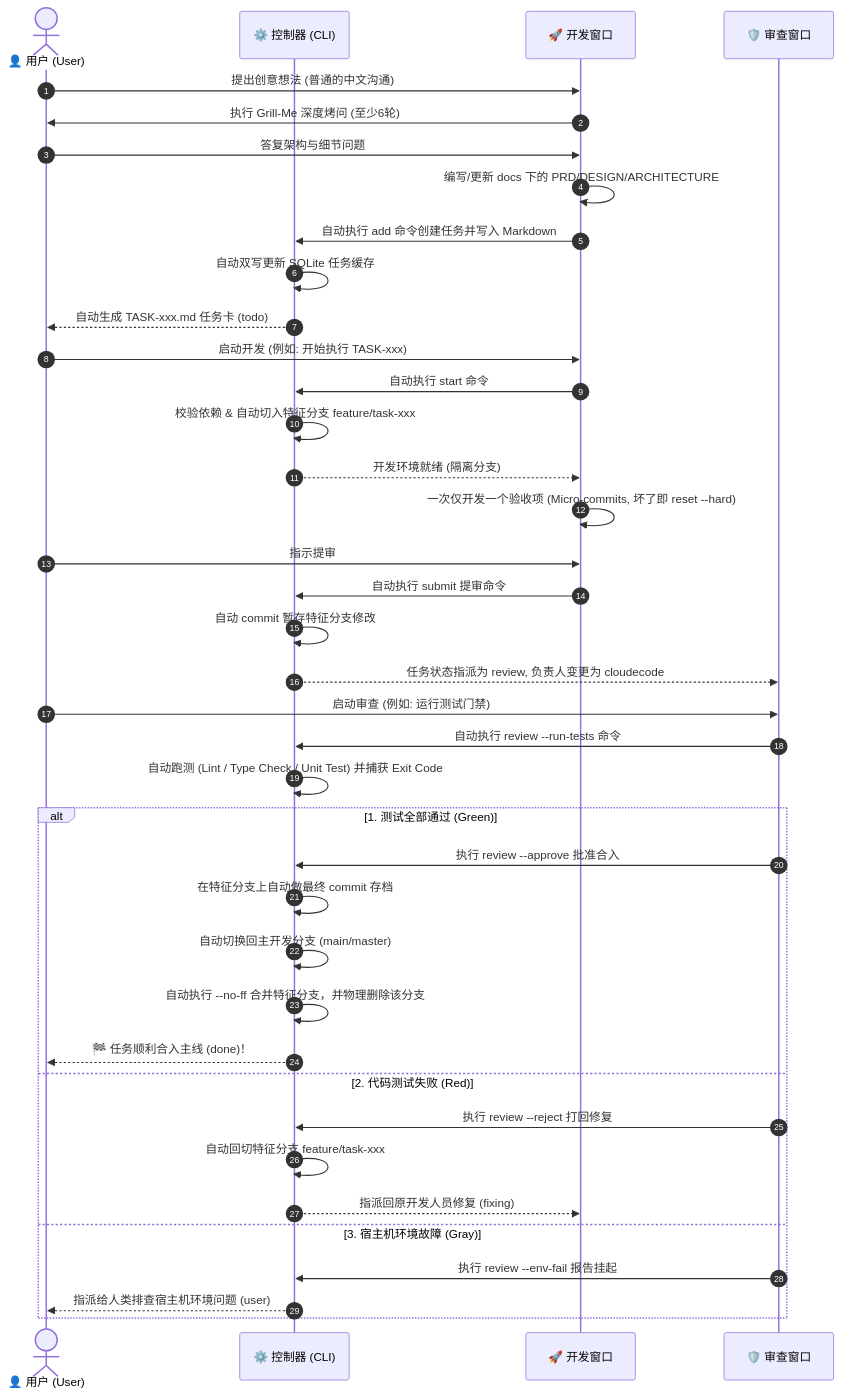
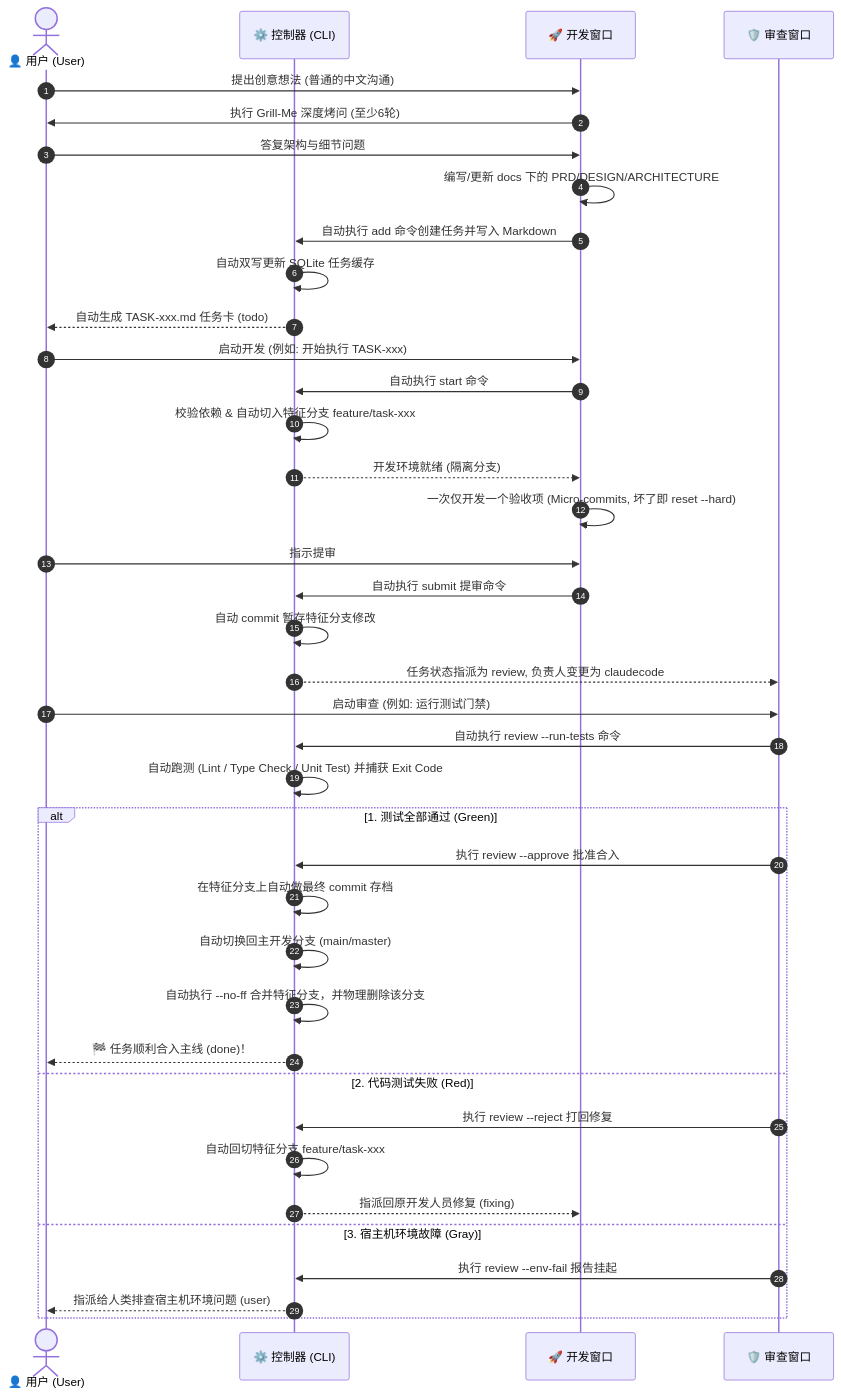
Before and after one commit to NanQiaoMi/agentskillproject: the second of 3 diagrams in README.md, drawn with Mermaid. The commit also changed other lines of this file and 17 other files, not shown here.

Commit message:
refactor: rename cloudecode to claudecode in all files

````diff
--- a/README.md
+++ b/README.md
@@ -128,50 +128,50 @@
 ```mermaid
 sequenceDiagram
     autonumber
     actor User as 👤 用户 (User)
     participant CLI as ⚙️ 控制器 (CLI)
     participant Dev as 🚀 开发窗口
     participant Review as 🛡️ 审查窗口
 
     %% 阶段一：头脑风暴与任务创建
     User->>Dev: 提出创意想法 (普通的中文沟通)
     Dev->>User: 执行 Grill-Me 深度烤问 (至少6轮)
     User->>Dev: 答复架构与细节问题
     Dev->>Dev: 编写/更新 docs 下的 PRD/DESIGN/ARCHITECTURE
     Dev->>CLI: 自动执行 add 命令创建任务并写入 Markdown
     CLI->>CLI: 自动双写更新 SQLite 任务缓存
     CLI-->>User: 自动生成 TASK-xxx.md 任务卡 (todo)
 
     %% 阶段二：认领启动
     User->>Dev: 启动开发 (例如: 开始执行 TASK-xxx)
     Dev->>CLI: 自动执行 start 命令
     CLI->>CLI: 校验依赖 & 自动切入特征分支 feature/task-xxx
     CLI-->>Dev: 开发环境就绪 (隔离分支)
 
     %% 阶段三：开发与提审
     Dev->>Dev: 一次仅开发一个验收项 (Micro-commits, 坏了即 reset --hard)
     User->>Dev: 指示提审
     Dev->>CLI: 自动执行 submit 提审命令
     CLI->>CLI: 自动 commit 暂存特征分支修改
-    CLI-->>Review: 任务状态指派为 review, 负责人变更为 cloudecode
+    CLI-->>Review: 任务状态指派为 review, 负责人变更为 claudecode
 
     %% 阶段四：跑测与合并
     User->>Review: 启动审查 (例如: 运行测试门禁)
     Review->>CLI: 自动执行 review --run-tests 命令
     CLI->>CLI: 自动跑测 (Lint / Type Check / Unit Test) 并捕获 Exit Code
 
     alt 1. 测试全部通过 (Green)
         Review->>CLI: 执行 review --approve 批准合入
         CLI->>CLI: 在特征分支上自动做最终 commit 存档
         CLI->>CLI: 自动切换回主开发分支 (main/master)
         CLI->>CLI: 自动执行 --no-ff 合并特征分支，并物理删除该分支
         CLI-->>User: 🏁 任务顺利合入主线 (done)！
     else 2. 代码测试失败 (Red)
         Review->>CLI: 执行 review --reject 打回修复
         CLI->>CLI: 自动回切特征分支 feature/task-xxx
         CLI-->>Dev: 指派回原开发人员修复 (fixing)
     else 3. 宿主机环境故障 (Gray)
         Review->>CLI: 执行 review --env-fail 报告挂起
         CLI-->>User: 指派给人类排查宿主机环境问题 (user)
     end
 ```
````
